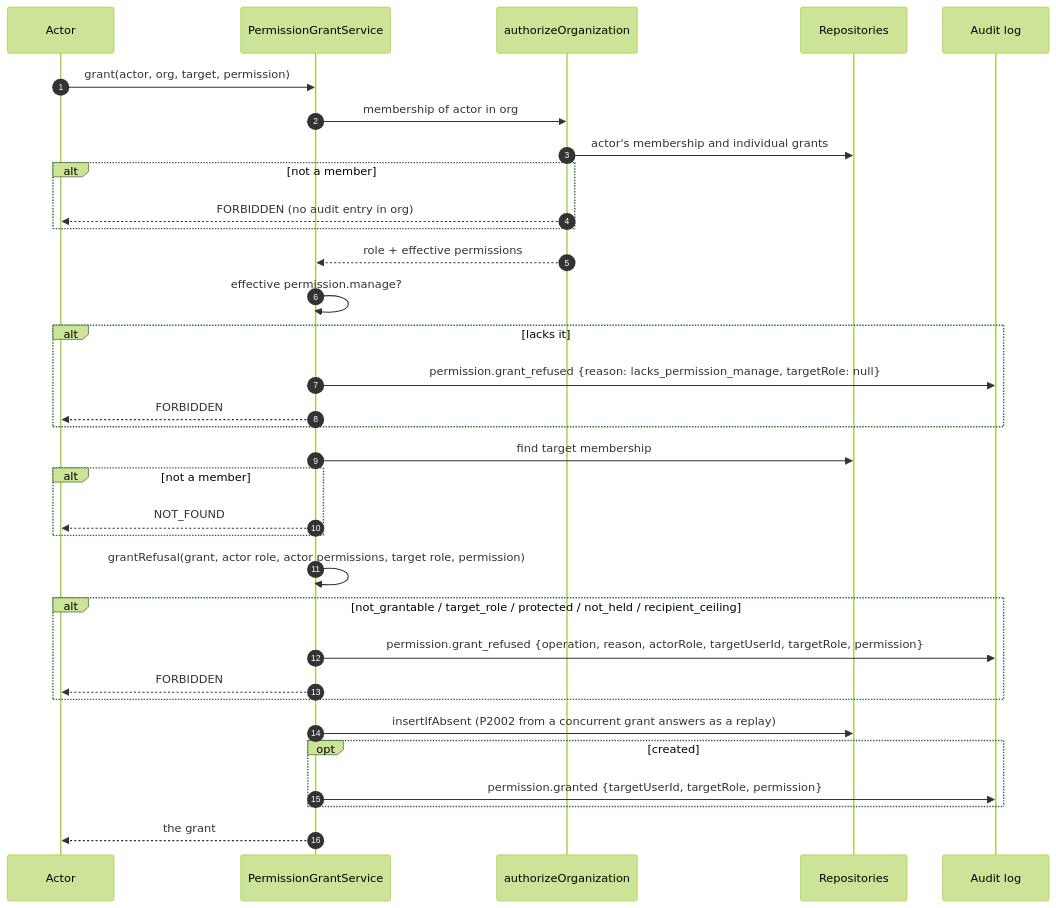
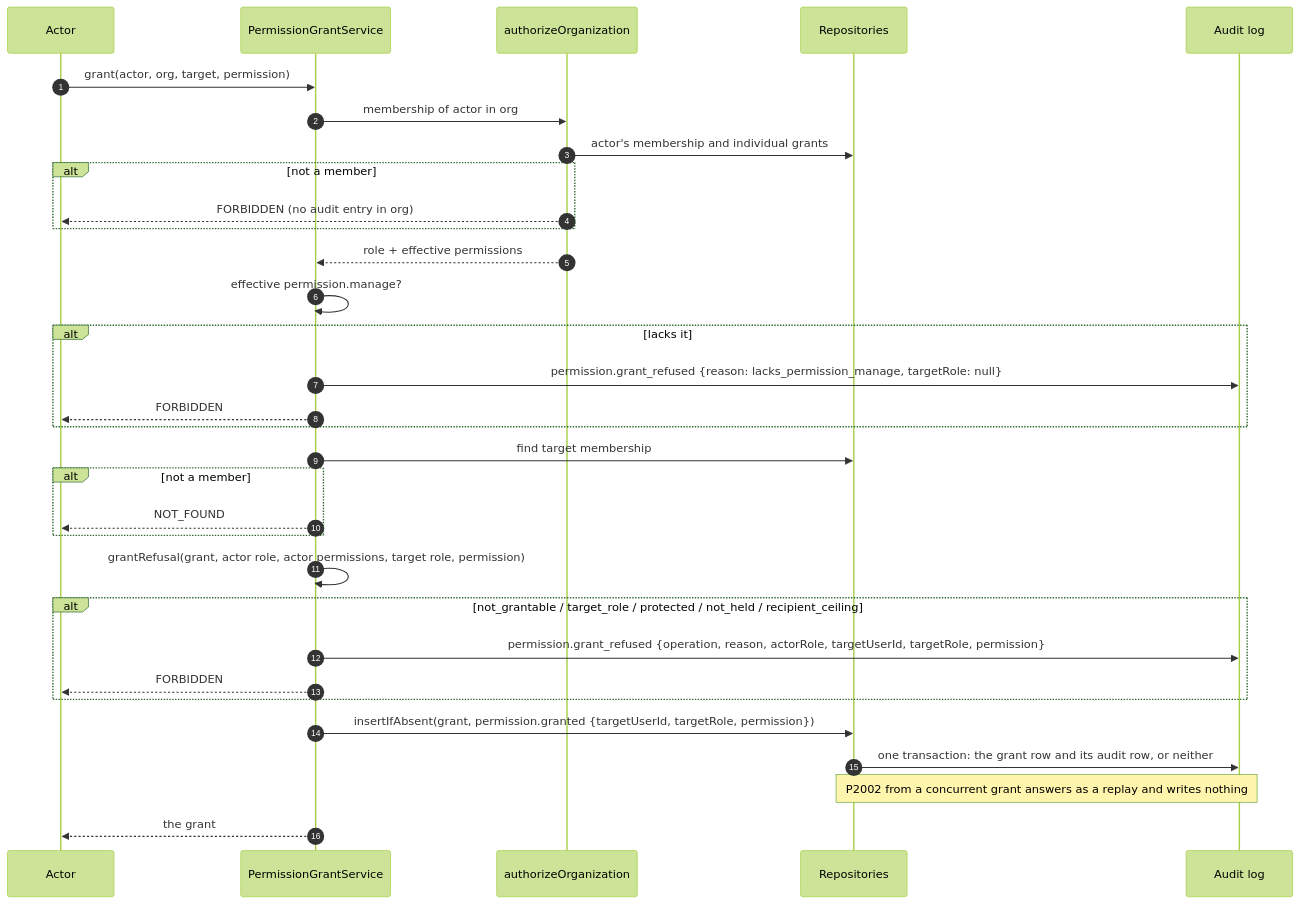
Before and after one commit to TakeTouhu/Real-Estate-Listing-Concept-Video: the diagram in docs/phase-6d-completion.md, drawn with Mermaid (forest theme). The commit also changed other lines of this file and 2 other files, not shown here.

First line of the commit message:
Phase 6D: record the atomic grant audit and the re-run mutation pass

````diff
--- a/docs/phase-6d-completion.md
+++ b/docs/phase-6d-completion.md
@@ -52,36 +56,35 @@
 ```mermaid
 sequenceDiagram
   autonumber
   participant A as Actor
   participant GS as PermissionGrantService
   participant AZ as authorizeOrganization
   participant R as Repositories
   participant AU as Audit log
 
   A->>GS: grant(actor, org, target, permission)
   GS->>AZ: membership of actor in org
   AZ->>R: actor's membership and individual grants
   alt not a member
     AZ-->>A: FORBIDDEN (no audit entry in org)
   end
   AZ-->>GS: role + effective permissions
   GS->>GS: effective permission.manage?
   alt lacks it
     GS->>AU: permission.grant_refused {reason: lacks_permission_manage, targetRole: null}
     GS-->>A: FORBIDDEN
   end
   GS->>R: find target membership
   alt not a member
     GS-->>A: NOT_FOUND
   end
   GS->>GS: grantRefusal(grant, actor role, actor permissions, target role, permission)
   alt not_grantable / target_role / protected / not_held / recipient_ceiling
     GS->>AU: permission.grant_refused {operation, reason, actorRole, targetUserId, targetRole, permission}
     GS-->>A: FORBIDDEN
   end
-  GS->>R: insertIfAbsent (P2002 from a concurrent grant answers as a replay)
-  opt created
-    GS->>AU: permission.granted {targetUserId, targetRole, permission}
-  end
+  GS->>R: insertIfAbsent(grant, permission.granted {targetUserId, targetRole, permission})
+  R->>AU: one transaction: the grant row and its audit row, or neither
+  Note over R,AU: P2002 from a concurrent grant answers as a replay and writes nothing
   GS-->>A: the grant
 ```
````
